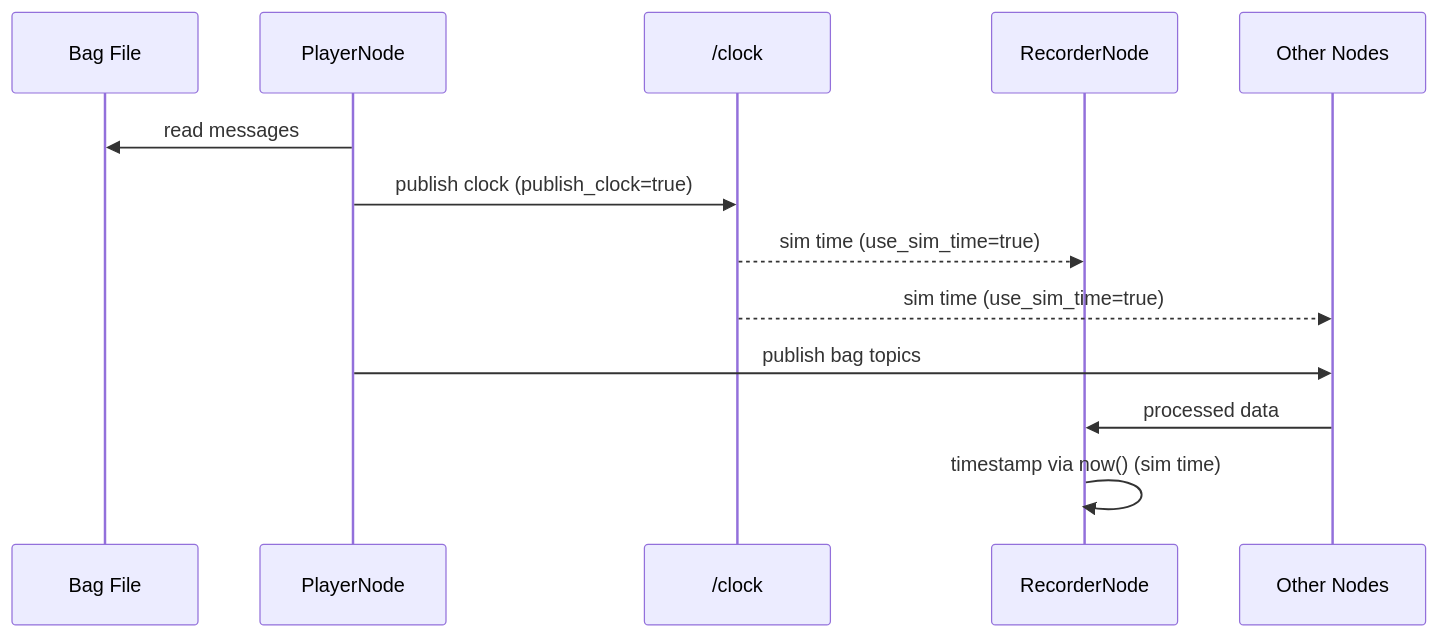
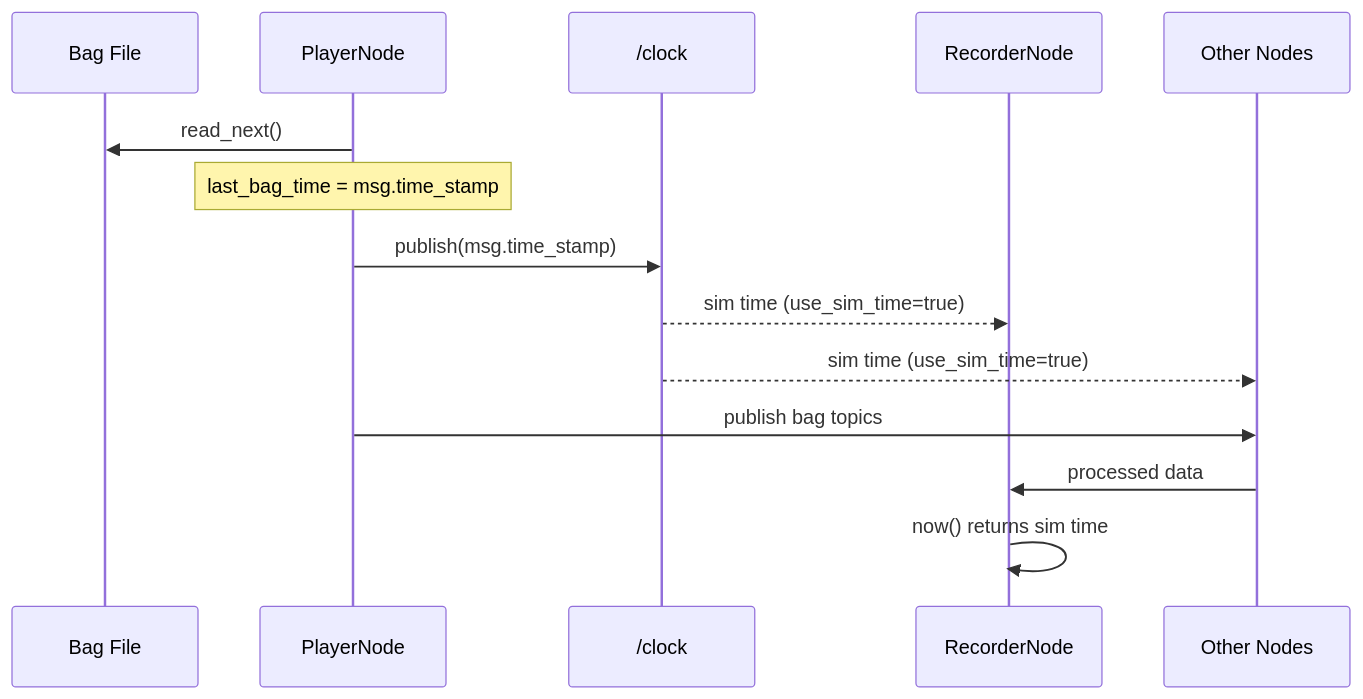
The second of 2 diagrams in API.md (glausha/composable_player), drawn with Mermaid before and after one commit. The commit also changed other lines of this file, not shown here.

````diff
--- a/API.md
+++ b/API.md
@@ -160,16 +163,17 @@
 ```mermaid
 sequenceDiagram
     participant Bag as Bag File
     participant Player as PlayerNode
     participant Clock as /clock
     participant Recorder as RecorderNode
     participant Other as Other Nodes
 
-    Player->>Bag: read messages
-    Player->>Clock: publish clock (publish_clock=true)
+    Player->>Bag: read_next()
+    Note over Player: last_bag_time = msg.time_stamp
+    Player->>Clock: publish(msg.time_stamp)
     Clock-->>Recorder: sim time (use_sim_time=true)
     Clock-->>Other: sim time (use_sim_time=true)
     Player->>Other: publish bag topics
     Other->>Recorder: processed data
-    Recorder->>Recorder: timestamp via now() (sim time)
+    Recorder->>Recorder: now() returns sim time
 ```
````
